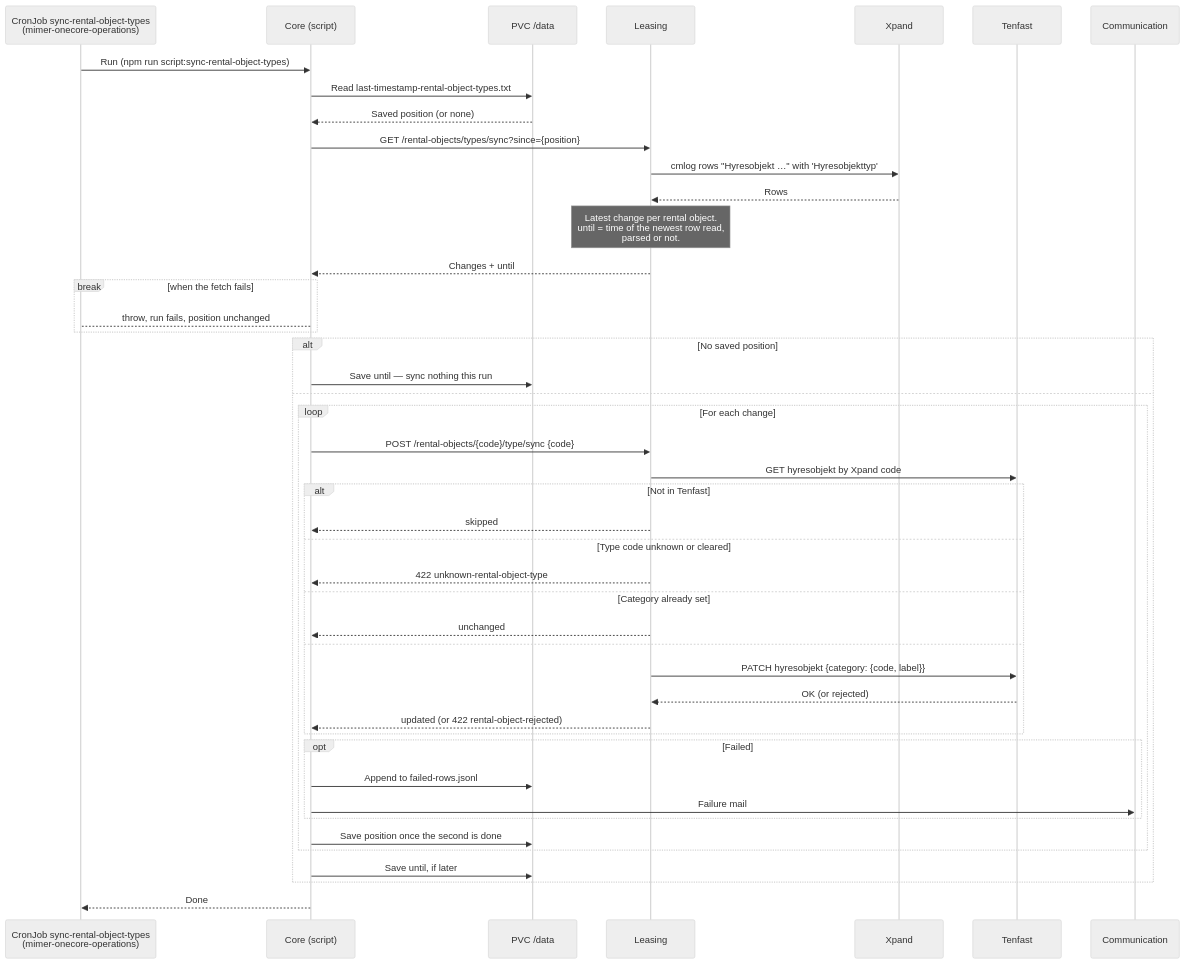
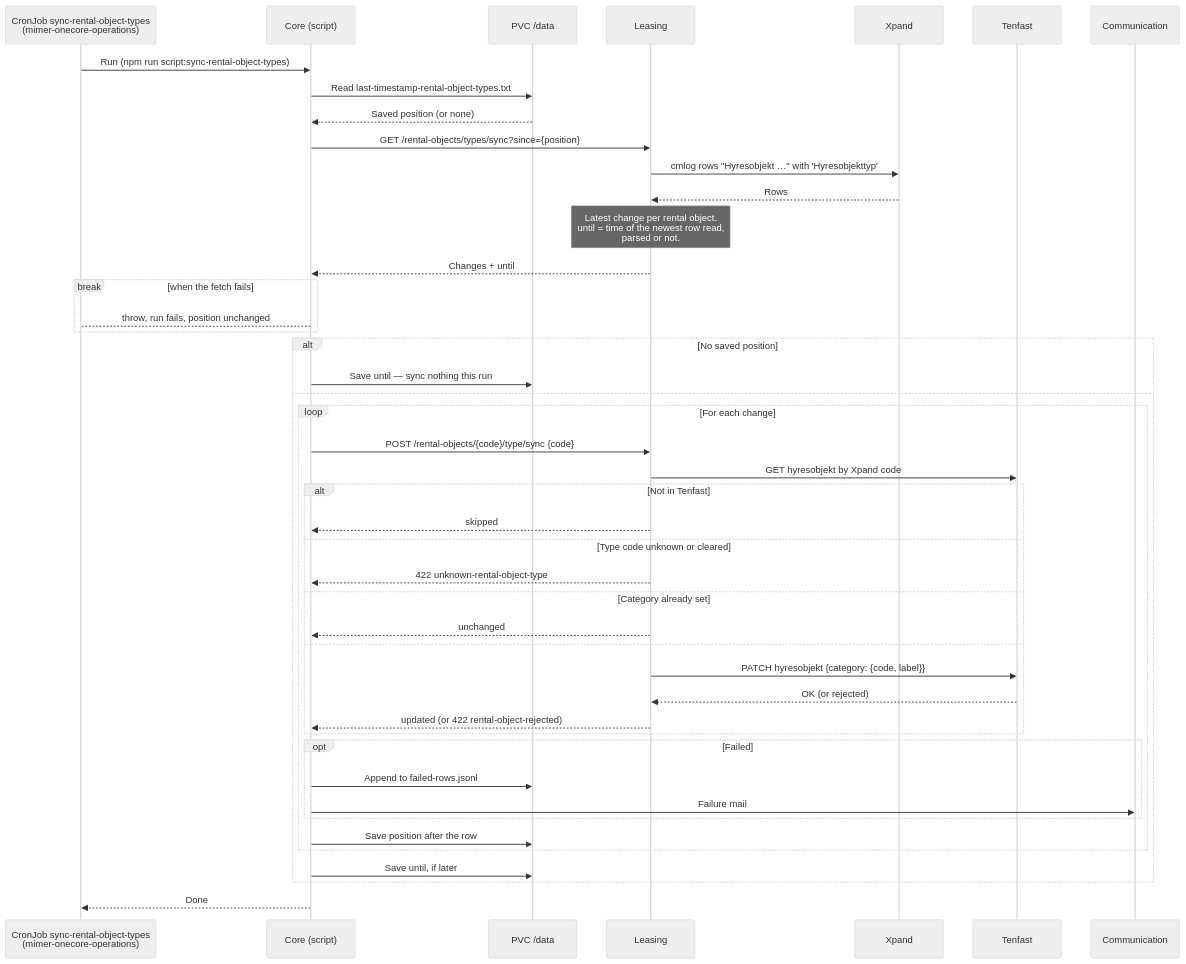
The second of 2 diagrams in core/src/scripts/sync-rental-object-types/DOCS_Sync_Rental_Object_Types.md (Bostads-AB-Mimer/onecore), drawn with Mermaid (neutral theme) before and after one commit. The commit also changed other lines of this file and 4 other files, not shown here.

````diff
--- a/core/src/scripts/sync-rental-object-types/DOCS_Sync_Rental_Object_Types.md
+++ b/core/src/scripts/sync-rental-object-types/DOCS_Sync_Rental_Object_Types.md
@@ -83,54 +83,54 @@
 ```mermaid
 sequenceDiagram
     participant CronJob as CronJob sync-rental-object-types<br/>(mimer-onecore-operations)
     participant Core as Core (script)
     participant PVC as PVC /data
     participant Leasing as Leasing
     participant Xpand as Xpand
     participant Tenfast as Tenfast
     participant Communication as Communication
 
     CronJob ->> Core: Run (npm run script:sync-rental-object-types)
     Core ->> PVC: Read last-timestamp-rental-object-types.txt
     PVC -->> Core: Saved position (or none)
 
     Core ->> Leasing: GET /rental-objects/types/sync?since={position}
     Leasing ->> Xpand: cmlog rows "Hyresobjekt …" with 'Hyresobjekttyp'
     Xpand -->> Leasing: Rows
     note over Leasing: Latest change per rental object.<br/>until = time of the newest row read,<br/>parsed or not.
     Leasing -->> Core: Changes + until
 
     break when the fetch fails
         Core-->CronJob: throw, run fails, position unchanged
     end
 
     alt No saved position
         Core ->> PVC: Save until — sync nothing this run
     else
         loop For each change
             Core ->> Leasing: POST /rental-objects/{code}/type/sync {code}
             Leasing ->> Tenfast: GET hyresobjekt by Xpand code
             alt Not in Tenfast
                 Leasing -->> Core: skipped
             else Type code unknown or cleared
                 Leasing -->> Core: 422 unknown-rental-object-type
             else Category already set
                 Leasing -->> Core: unchanged
             else
                 Leasing ->> Tenfast: PATCH hyresobjekt {category: {code, label}}
                 Tenfast -->> Leasing: OK (or rejected)
                 Leasing -->> Core: updated (or 422 rental-object-rejected)
             end
 
             opt Failed
                 Core ->> PVC: Append to failed-rows.jsonl
                 Core ->> Communication: Failure mail
             end
 
-            Core ->> PVC: Save position once the second is done
+            Core ->> PVC: Save position after the row
         end
         Core ->> PVC: Save until, if later
     end
 
     Core -->> CronJob: Done
 ```
````
